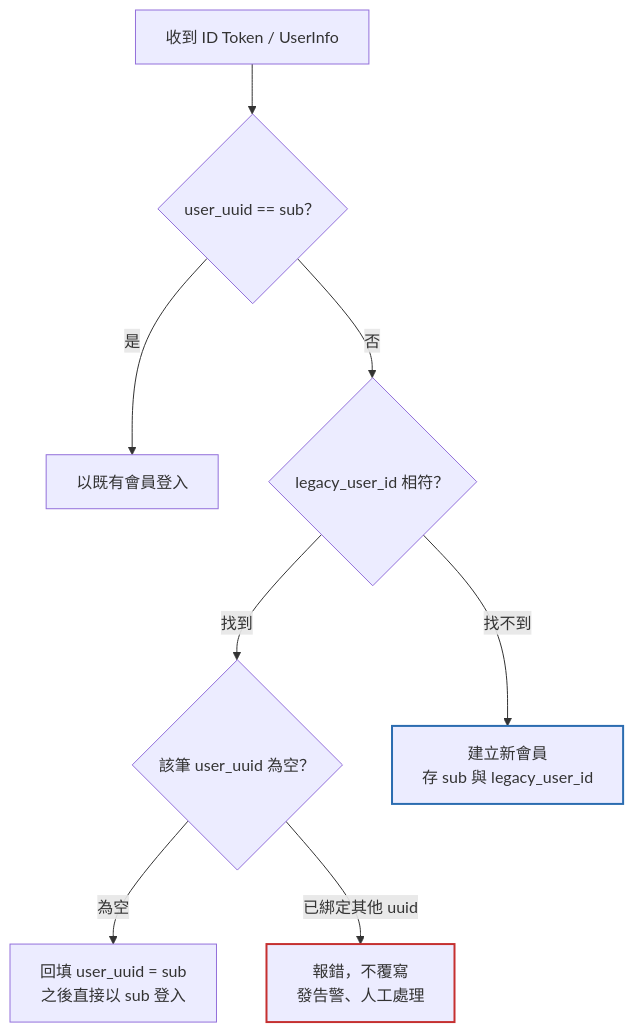
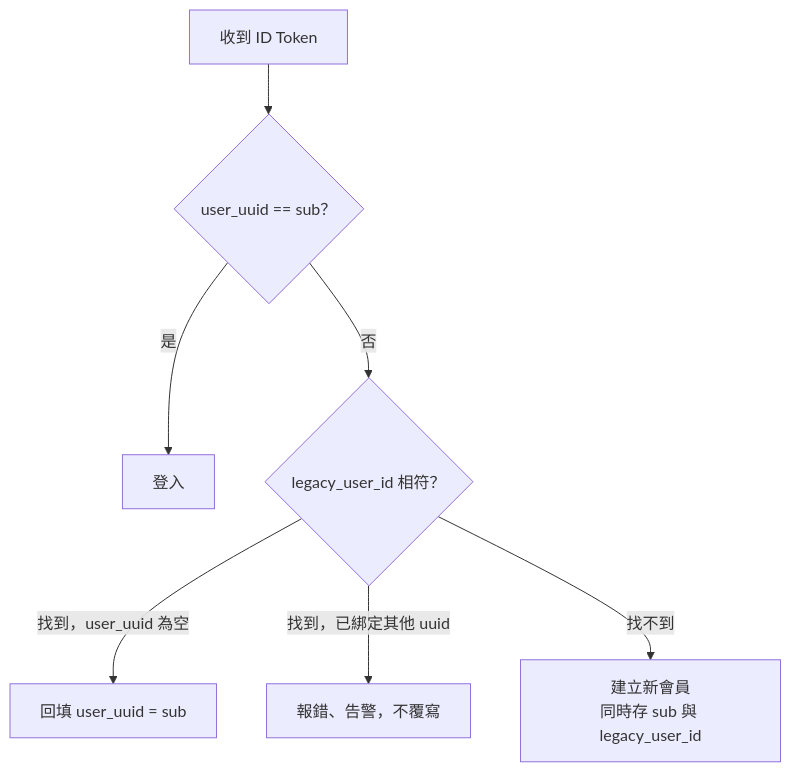
One commit to yennanliu/cdk-playground changed the third of 3 diagrams in auth-server-doc/doc/decision.md. Above: the diagram before and after it, drawn with Mermaid. The commit also changed other lines of this file, not shown here.

````diff
--- a/auth-server-doc/doc/decision.md
+++ b/auth-server-doc/doc/decision.md
@@ -114,14 +124,9 @@
 ```mermaid
 flowchart TD
-    A["收到 ID Token / UserInfo"] --> B{"user_uuid == sub？"}
-    B -- 是 --> C["以既有會員登入"]
+    A["收到 ID Token"] --> B{"user_uuid == sub？"}
+    B -- 是 --> C["登入"]
     B -- 否 --> D{"legacy_user_id 相符？"}
-    D -- 找到 --> E{"該筆 user_uuid 為空？"}
-    E -- 為空 --> F["回填 user_uuid = sub<br/>之後直接以 sub 登入"]
-    E -- 已綁定其他 uuid --> G["報錯，不覆寫<br/>發告警、人工處理"]
-    D -- 找不到 --> H["建立新會員<br/>存 sub 與 legacy_user_id"]
-    classDef fix stroke:#2b6cb0,stroke-width:2px
-    classDef err stroke:#c53030,stroke-width:2px
-    class H fix
-    class G err
+    D -- "找到，user_uuid 為空" --> F["回填 user_uuid = sub"]
+    D -- "找到，已綁定其他 uuid" --> G["報錯、告警，不覆寫"]
+    D -- 找不到 --> H["建立新會員<br/>同時存 sub 與 legacy_user_id"]
 ```
````
